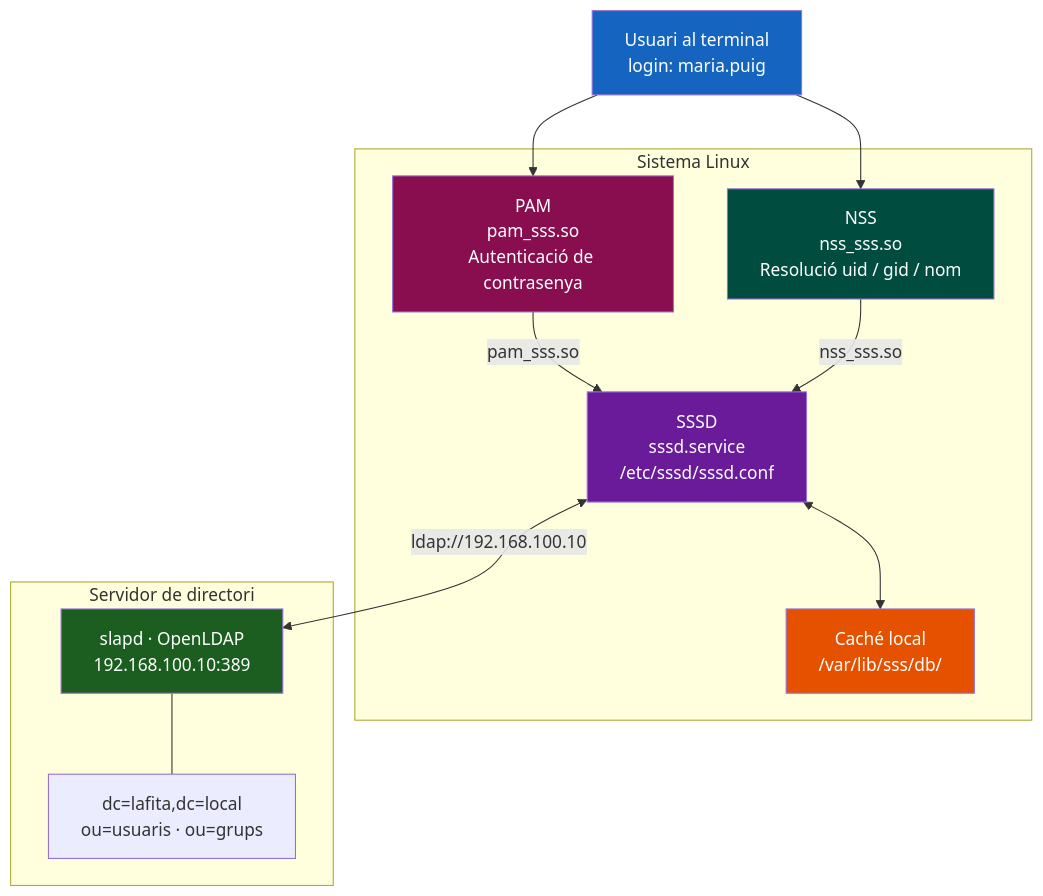
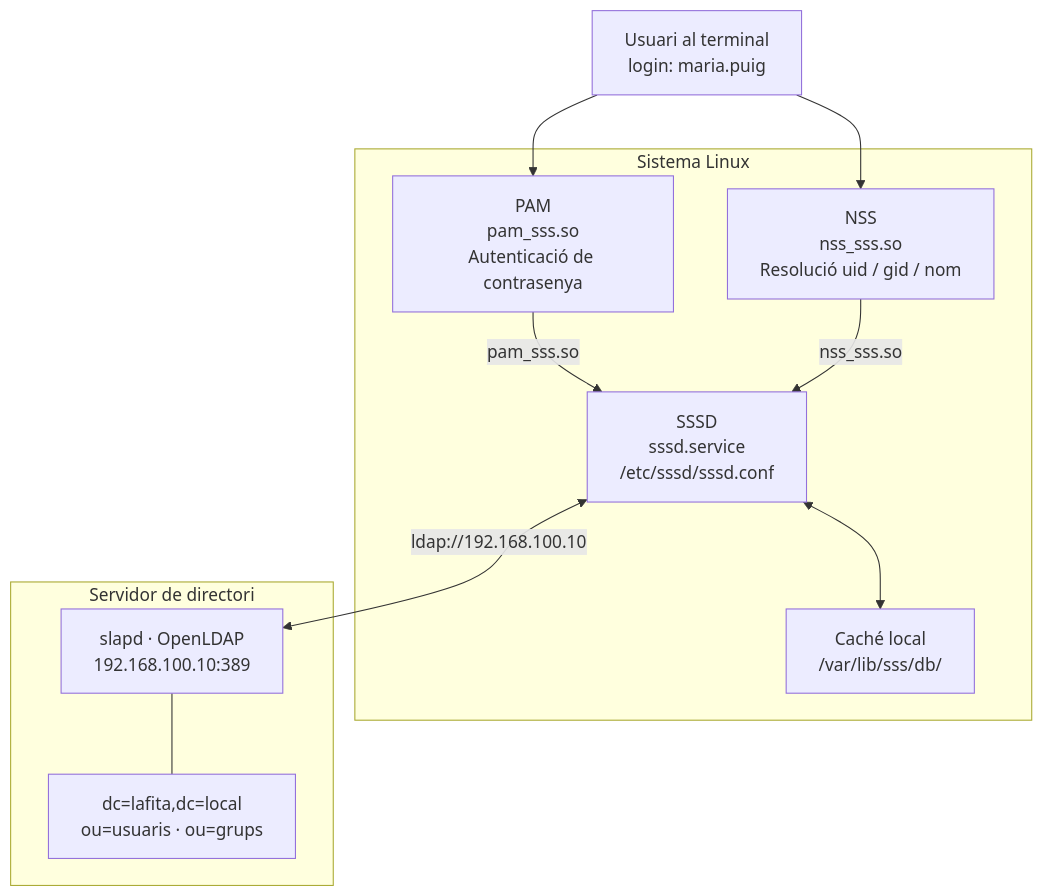
Before and after one commit to xtartera/TartyDocs: the diagram in docs/ut2/bloc6-sssd/27-sssd-conceptes.md, drawn with Mermaid. The commit also changed other lines of this file and 15 other files, not shown here.

First line of the commit message:
ut2: elimina style directives dels diagrames mermaid (18 fitxers)

````diff
--- a/docs/ut2/bloc6-sssd/27-sssd-conceptes.md
+++ b/docs/ut2/bloc6-sssd/27-sssd-conceptes.md
@@ -33,30 +33,24 @@
     ```mermaid
     flowchart TD
         U["Usuari al terminal\nlogin: maria.puig"] --> PAM
         U --> NSS
 
         subgraph "Sistema Linux"
             PAM["PAM\npam_sss.so\nAutenticació de contrasenya"]
             NSS["NSS\nnss_sss.so\nResolució uid / gid / nom"]
             SSSD["SSSD\nsssd.service\n/etc/sssd/sssd.conf"]
             CACHE["Caché local\n/var/lib/sss/db/"]
         end
 
         subgraph "Servidor de directori"
             SLAPD["slapd · OpenLDAP\n192.168.100.10:389"]
             DIT["dc=lafita,dc=local\nou=usuaris · ou=grups"]
         end
 
         PAM -->|pam_sss.so| SSSD
         NSS -->|nss_sss.so| SSSD
         SSSD <-->|"ldap://192.168.100.10"| SLAPD
         SLAPD --- DIT
         SSSD <--> CACHE
 
-        style U fill:#1565C0,color:#fff
-        style SSSD fill:#6A1B9A,color:#fff
-        style SLAPD fill:#1B5E20,color:#fff
-        style CACHE fill:#E65100,color:#fff
-        style PAM fill:#880E4F,color:#fff
-        style NSS fill:#004D40,color:#fff
     ```
````
